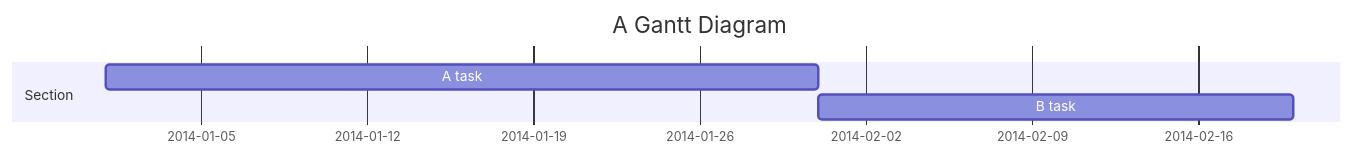
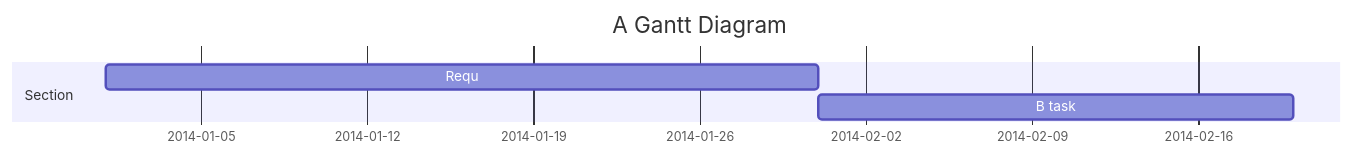
Before and after one commit to sayshelley/iodraw-files: the diagram in all/Code Gantt Chart.md, drawn with Mermaid.

Commit message:
2024-10-04 15:40:55 update

````diff
--- a/all/Code Gantt Chart.md
+++ b/all/Code Gantt Chart.md
@@ -1,10 +1,10 @@
 ```mermaid
 gantt
     title A Gantt Diagram
     dateFormat  YYYY-MM-DD
     section Section
-    A task           :a1, 2014-01-01, 30d
+    Requ           :a1, 2014-01-01, 30d
     B task     :a2, after a1  , 20d
 
    
 ```
````
